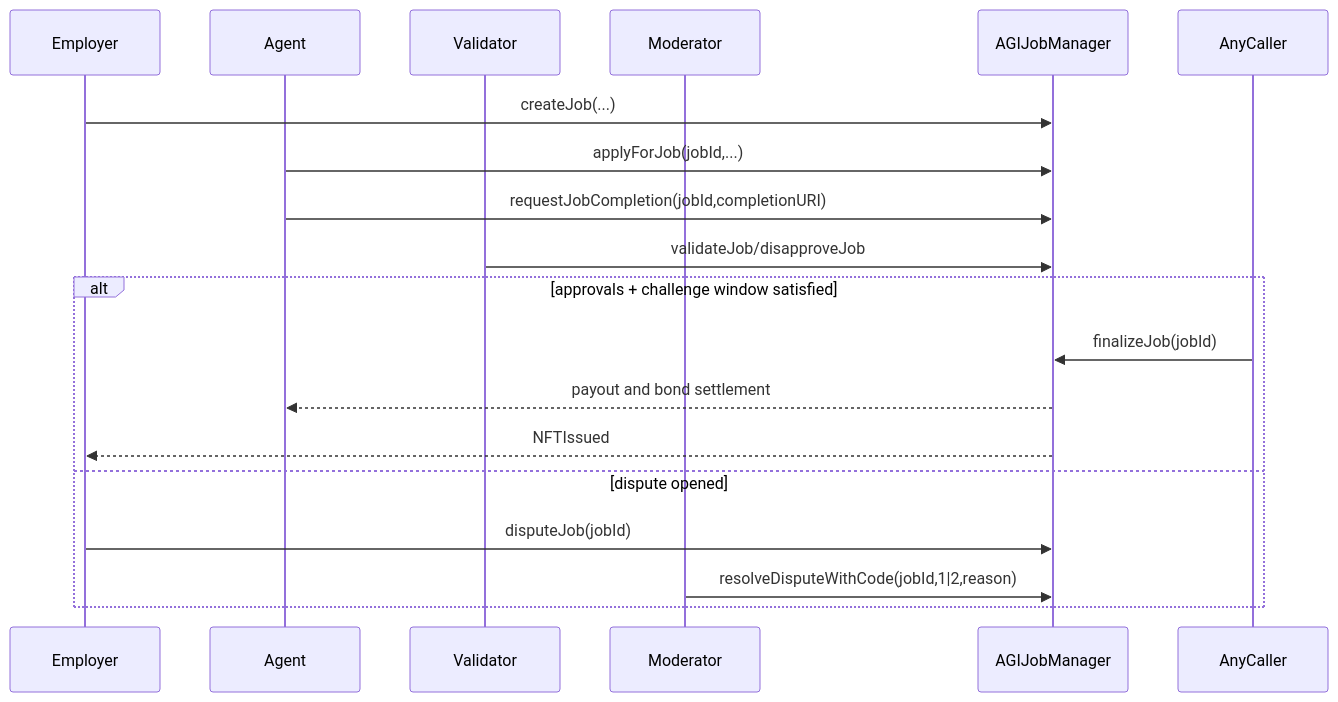
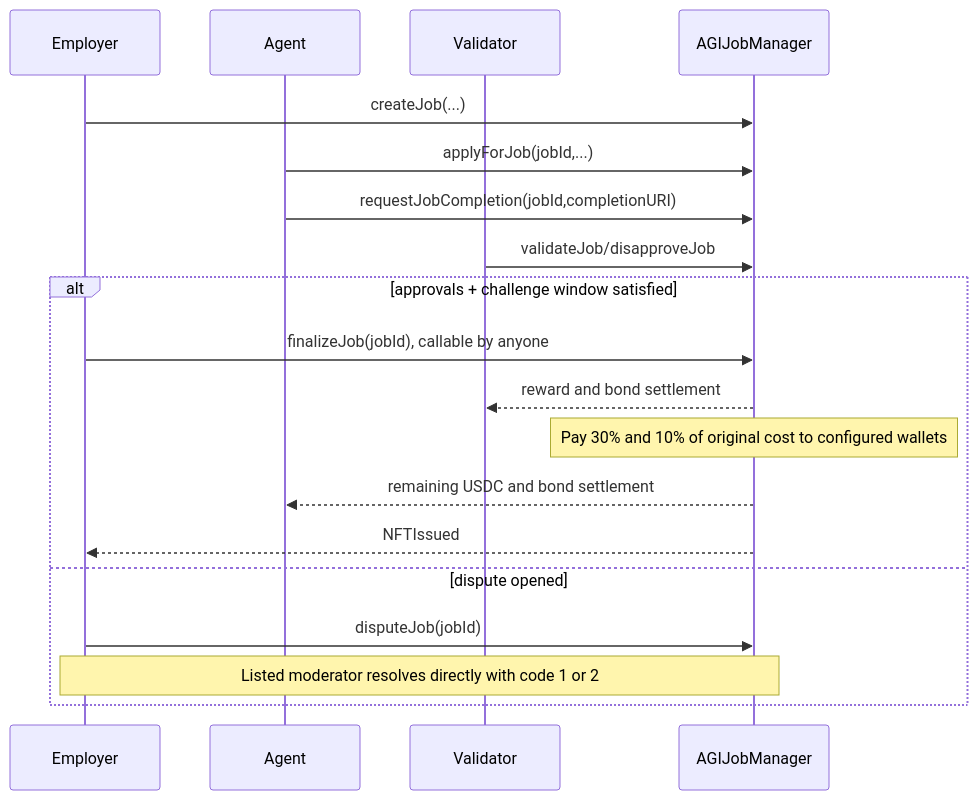
Before and after one commit to MontrealAI/AGIJobManager: the diagram in docs/contracts/AGIJobManager.md, drawn with Mermaid. The commit also changed other lines of this file and 132 other files, not shown here.

````diff
--- a/docs/contracts/AGIJobManager.md
+++ b/docs/contracts/AGIJobManager.md
@@ -68,21 +74,22 @@
 ```mermaid
 sequenceDiagram
   participant Employer
   participant Agent
   participant Validator
-  participant Moderator
   participant C as AGIJobManager
 
   Employer->>C: createJob(...)
   Agent->>C: applyForJob(jobId,...)
   Agent->>C: requestJobCompletion(jobId,completionURI)
   Validator->>C: validateJob/disapproveJob
   alt approvals + challenge window satisfied
-    AnyCaller->>C: finalizeJob(jobId)
-    C-->>Agent: payout and bond settlement
+    Employer->>C: finalizeJob(jobId), callable by anyone
+    C-->>Validator: reward and bond settlement
+    Note over C: Pay 30% and 10% of original cost to configured wallets
+    C-->>Agent: remaining USDC and bond settlement
     C-->>Employer: NFTIssued
   else dispute opened
     Employer->>C: disputeJob(jobId)
-    Moderator->>C: resolveDisputeWithCode(jobId,1|2,reason)
+    Note over Employer,C: Listed moderator resolves directly with code 1 or 2
   end
 ```
````
